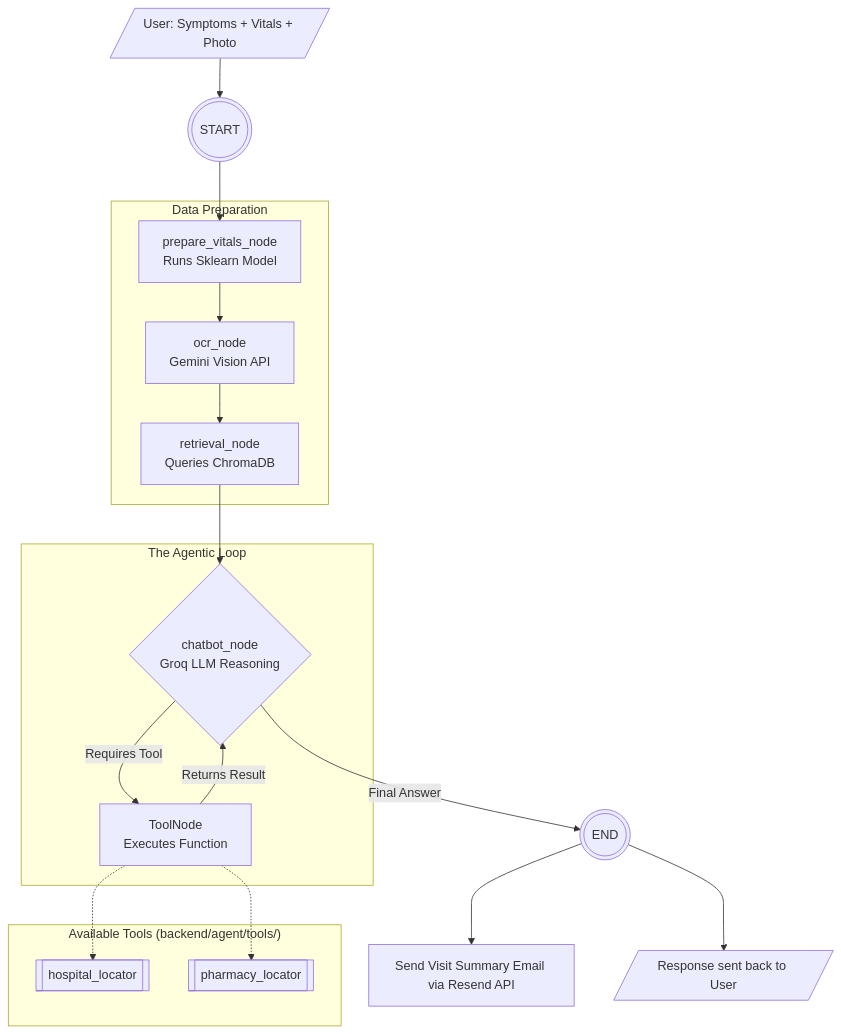
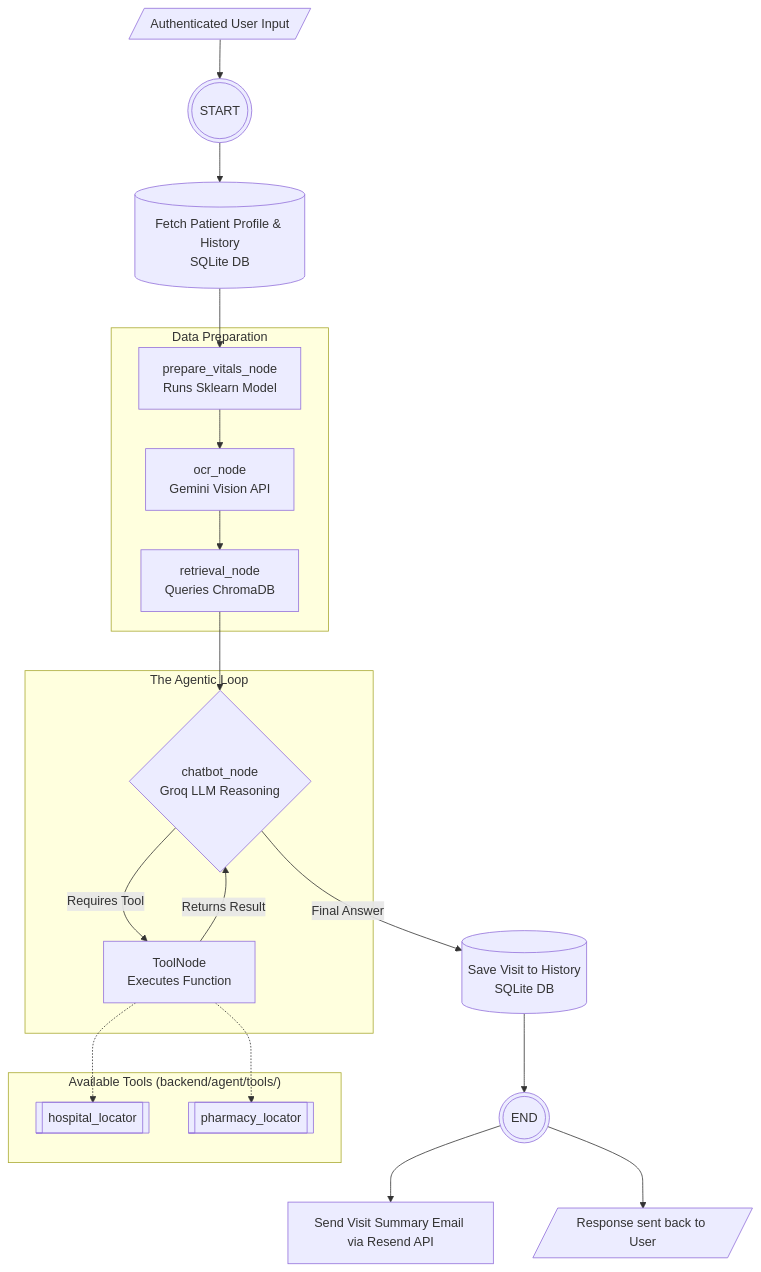
The diagram in backend/ARCHITECTURE.md (mahaveer0738/fyp-health-app), drawn with Mermaid before and after one commit.

Commit message:
docs: Explicitly show SQLite DB interactions in ARCHITECTURE.md diagram

````diff
--- a/backend/ARCHITECTURE.md
+++ b/backend/ARCHITECTURE.md
@@ -51,39 +51,42 @@
 ```mermaid
 graph TD
     %% Entry
-    Input[/User: Symptoms + Vitals + Photo/] --> START(((START)))
-    START --> N1
+    Input[/Authenticated User Input/] --> START(((START)))
+    START --> AuthCheck
+    
+    AuthCheck[(Fetch Patient Profile & History<br>SQLite DB)] --> N1
 
     %% Sequential Data Prep Pipeline
     subgraph "Data Preparation"
         N1[prepare_vitals_node<br>Runs Sklearn Model] --> N2
         N2[ocr_node<br>Gemini Vision API] --> N3
         N3[retrieval_node<br>Queries ChromaDB]
     end
 
     N3 --> N4
 
     %% The ReAct Agent Loop
     subgraph "The Agentic Loop"
         N4{chatbot_node<br>Groq LLM Reasoning}
 
         N4 -- "Requires Tool" --> N5[ToolNode<br>Executes Function]
         N5 -- "Returns Result" --> N4
     end
 
     %% Exit
-    N4 -- "Final Answer" --> END(((END)))
+    N4 -- "Final Answer" --> SaveVisit
+    SaveVisit[(Save Visit to History<br>SQLite DB)] --> END(((END)))
     
     %% Post-Graph Processes
     END --> Email[Send Visit Summary Email via Resend API]
     END --> Output[/Response sent back to User/]
 
     %% Tool Definitions
     subgraph "Available Tools (backend/agent/tools/)"
         T1[[hospital_locator]]
         T2[[pharmacy_locator]]
     end
 
     N5 -.-> T1
     N5 -.-> T2
 ```
````
